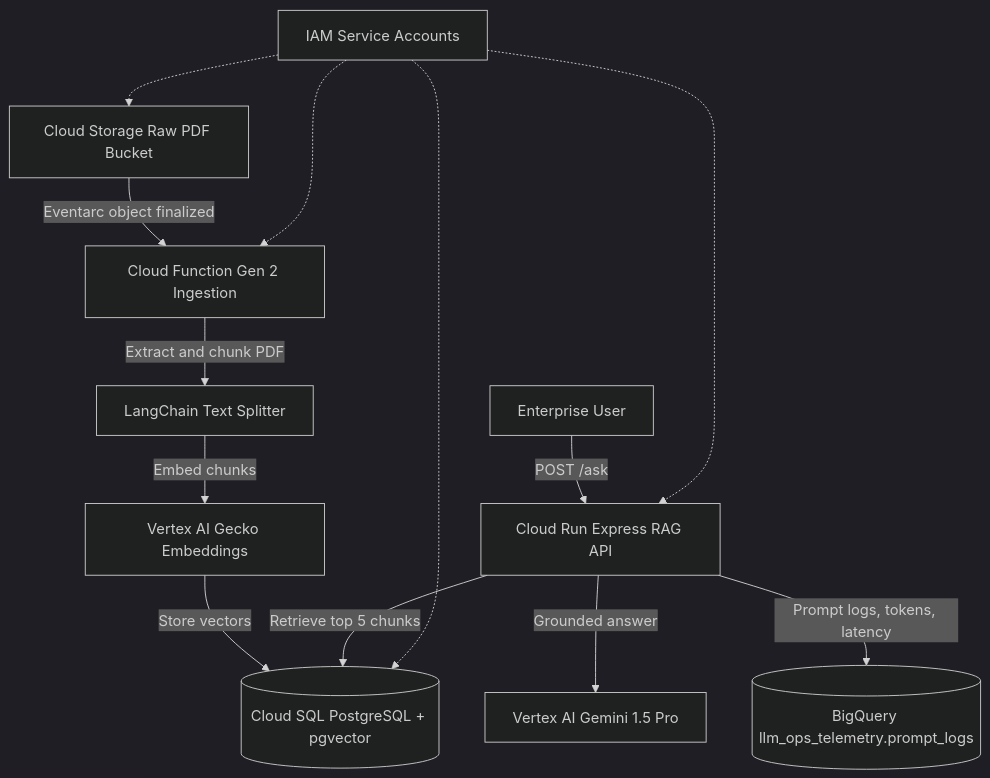
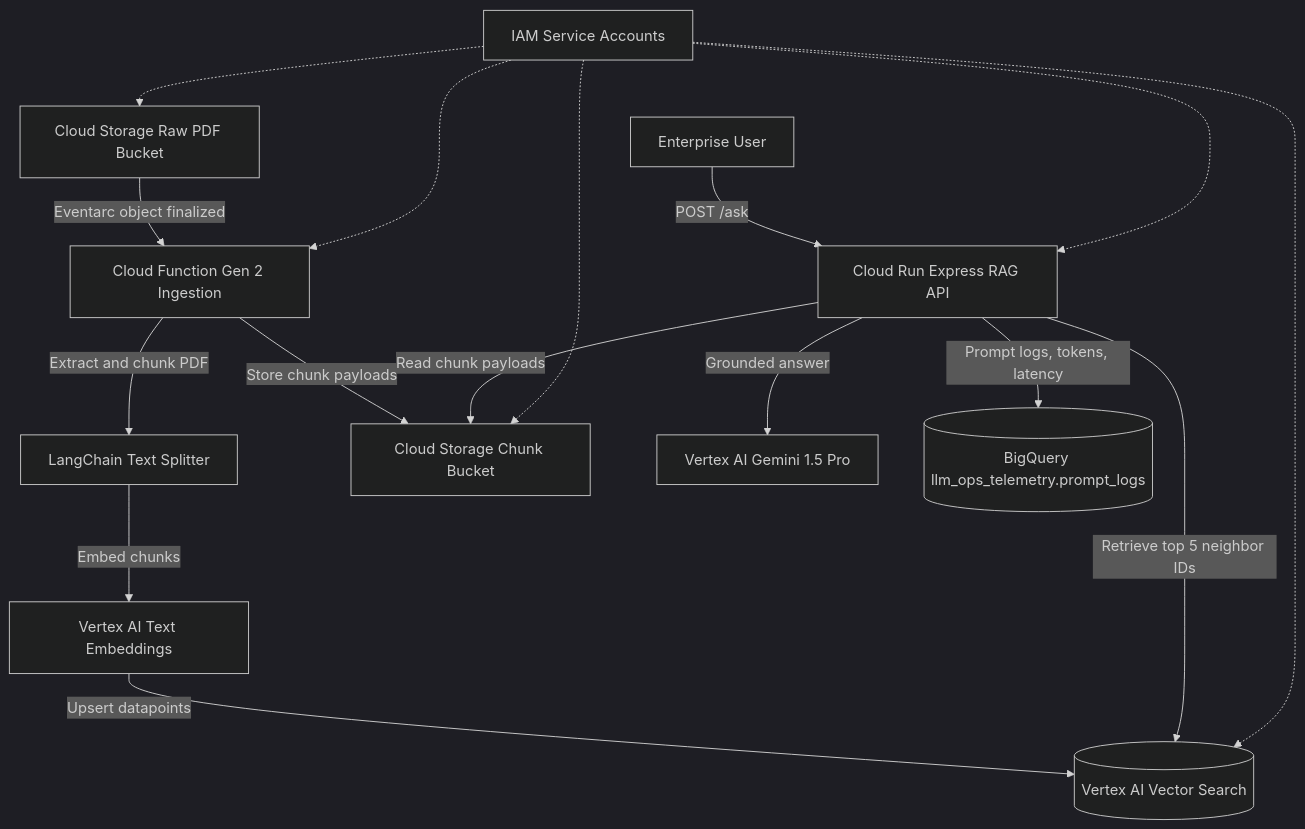
Before and after one commit to otyeung/vertex-enterprise-rag: the diagram in README.md, drawn with Mermaid (dark theme). The commit also changed other lines of this file, not shown here.

````diff
--- a/README.md
+++ b/README.md
@@ -29,15 +26,18 @@
 ```mermaid
 graph TD
     User[Enterprise User] -->|POST /ask| Run[Cloud Run Express RAG API]
     GCS[Cloud Storage Raw PDF Bucket] -->|Eventarc object finalized| Fn[Cloud Function Gen 2 Ingestion]
     Fn -->|Extract and chunk PDF| Split[LangChain Text Splitter]
-    Split -->|Embed chunks| Embed[Vertex AI Gecko Embeddings]
-    Embed -->|Store vectors| SQL[(Cloud SQL PostgreSQL + pgvector)]
-    Run -->|Retrieve top 5 chunks| SQL
+    Split -->|Embed chunks| Embed[Vertex AI Text Embeddings]
+    Embed -->|Upsert datapoints| VS[(Vertex AI Vector Search)]
+    Fn -->|Store chunk payloads| ChunkGCS[Cloud Storage Chunk Bucket]
+    Run -->|Retrieve top 5 neighbor IDs| VS
+    Run -->|Read chunk payloads| ChunkGCS
     Run -->|Grounded answer| Gemini[Vertex AI Gemini 1.5 Pro]
     Run -->|Prompt logs, tokens, latency| BQ[(BigQuery llm_ops_telemetry.prompt_logs)]
     IAM[IAM Service Accounts] -.-> GCS
     IAM -.-> Fn
     IAM -.-> Run
-    IAM -.-> SQL
+    IAM -.-> VS
+    IAM -.-> ChunkGCS
 ```
````
